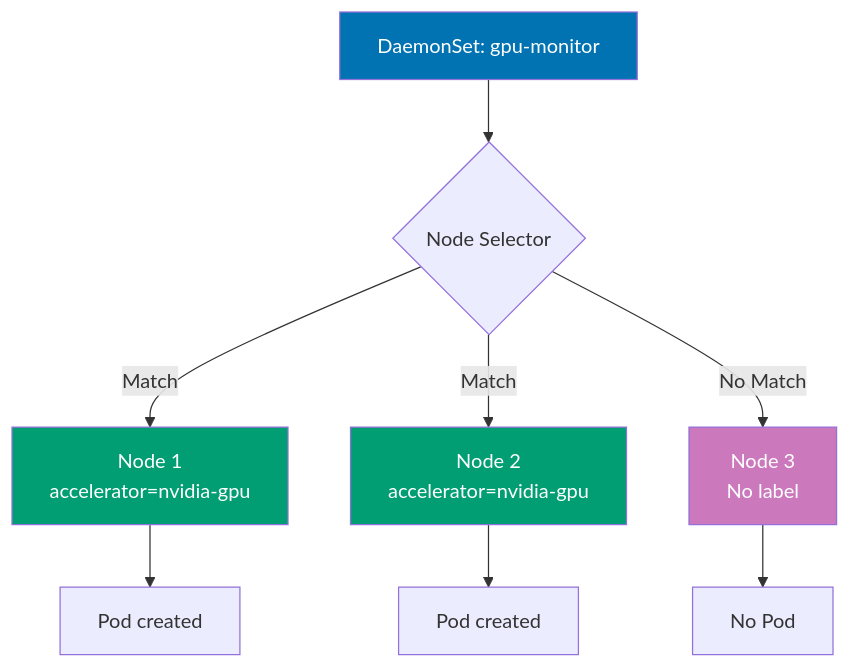
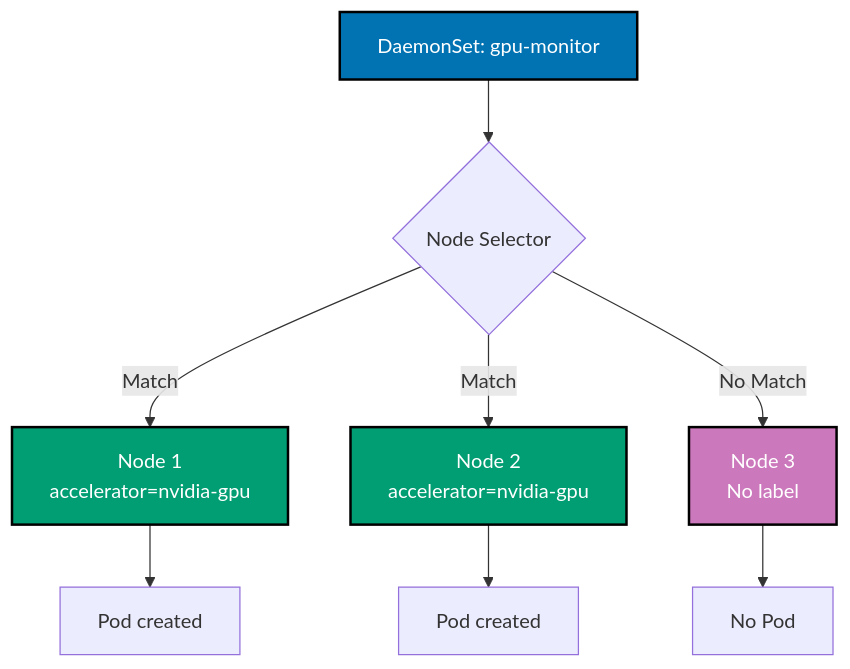
One commit to wahidyankf/open-sharia-enterprise changed the third of 12 diagrams in apps/ayokoding-web/content/en/learn/software-engineering/infrastructure/tools/kubernetes/by-example/intermediate.md. Above: the diagram before and after it, drawn with Mermaid. The commit also changed other lines of this file and 25 other files, not shown here.

````diff
--- a/apps/ayokoding-web/content/en/learn/software-engineering/infrastructure/tools/kubernetes/by-example/intermediate.md
+++ b/apps/ayokoding-web/content/en/learn/software-engineering/infrastructure/tools/kubernetes/by-example/intermediate.md
@@ -714,16 +716,17 @@
 ```mermaid
+%% Color Palette: Blue #0173B2, Orange #DE8F05, Teal #029E73, Purple #CC78BC, Brown #CA9161
 %% DaemonSet with node selector
 graph TD
  A[DaemonSet: gpu-monitor] --> B{Node Selector}
  B -->|Match| C[Node 1<br/>accelerator=nvidia-gpu]
  B -->|Match| D[Node 2<br/>accelerator=nvidia-gpu]
  B -->|No Match| E[Node 3<br/>No label]
  C --> F[Pod created]
  D --> G[Pod created]
  E --> H[No Pod]
 
- style A fill:#0173B2,color:#fff
- style C fill:#029E73,color:#fff
- style D fill:#029E73,color:#fff
- style E fill:#CC78BC,color:#fff
+ style A fill:#0173B2,stroke:#000000,stroke-width:2px,color:#fff
+ style C fill:#029E73,stroke:#000000,stroke-width:2px,color:#fff
+ style D fill:#029E73,stroke:#000000,stroke-width:2px,color:#fff
+ style E fill:#CC78BC,stroke:#000000,stroke-width:2px,color:#fff
 ```
````
